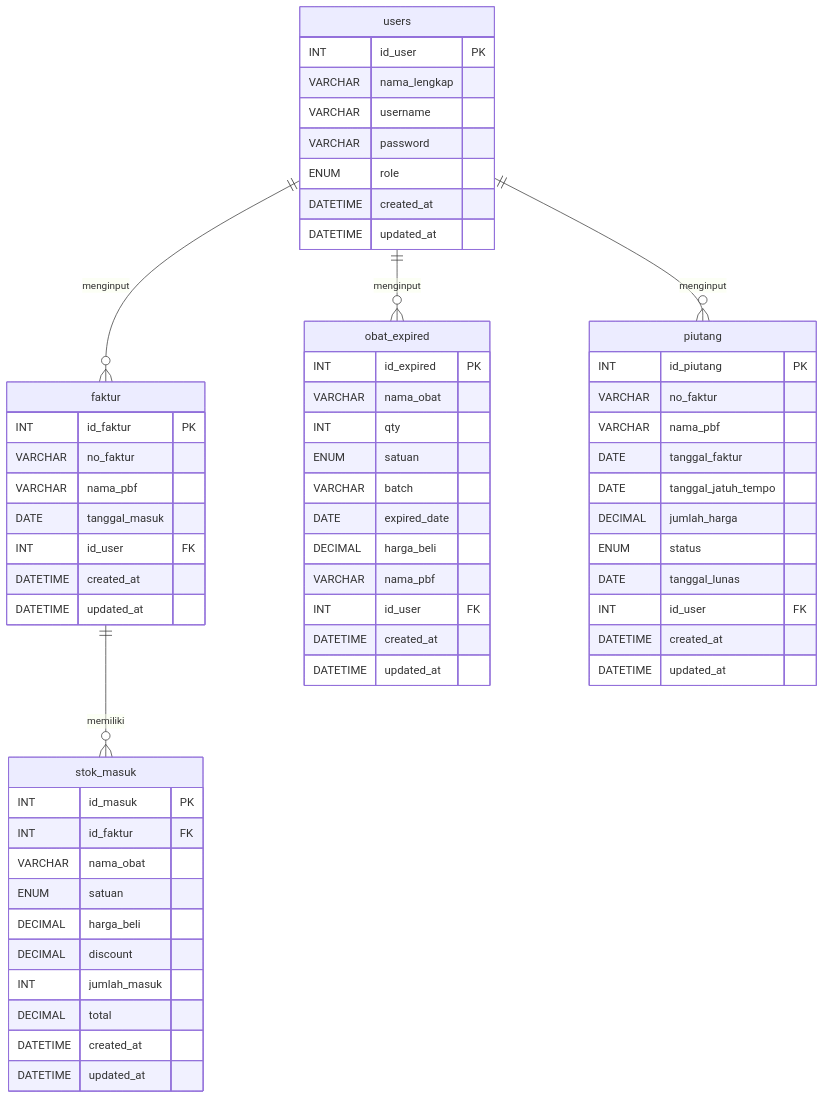
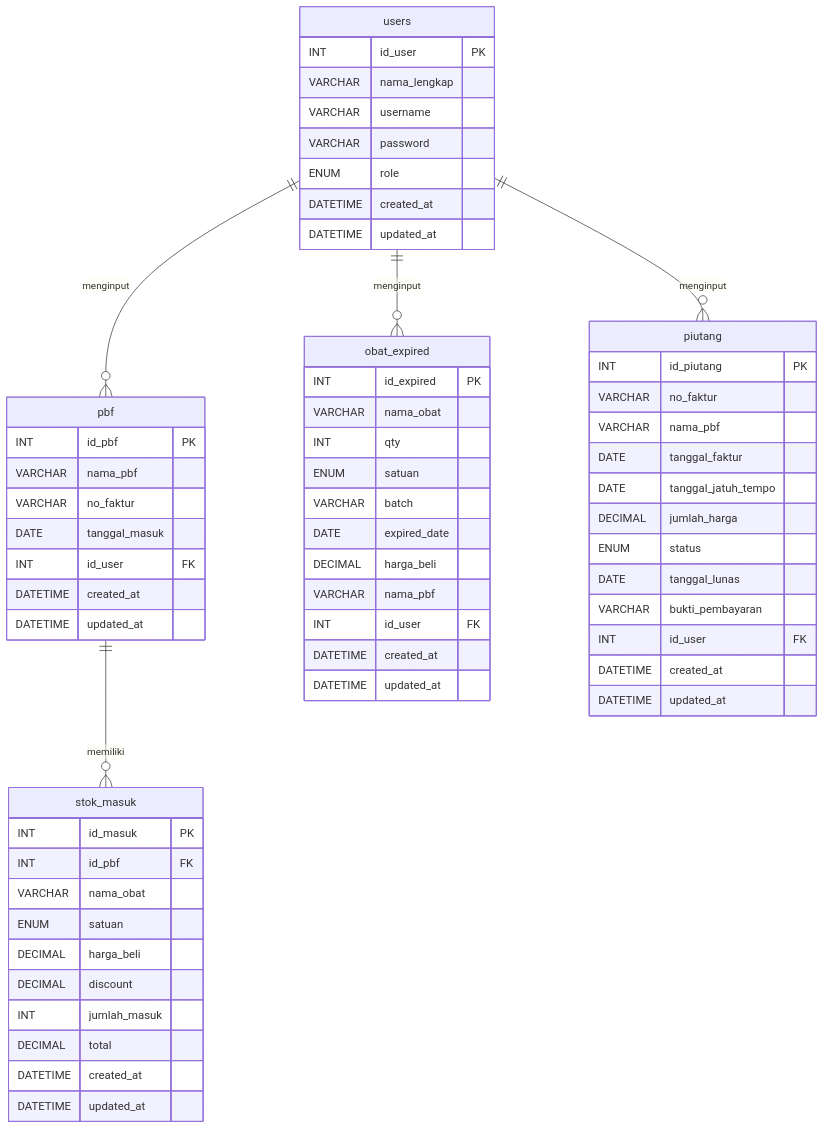
Before and after one commit to MohammadRaihanAkbar/PRD-project-perangkat-lunak-web-apotek-ananda-jadimulya: the first of 2 diagrams in PRD_Apotek_Ananda_Jadimulya_Revisi.md, drawn with Mermaid. The commit also changed other lines of this file, not shown here.

````diff
--- a/PRD_Apotek_Ananda_Jadimulya_Revisi.md
+++ b/PRD_Apotek_Ananda_Jadimulya_Revisi.md
@@ -614,68 +695,69 @@
 ```mermaid
 erDiagram
-    users ||--o{ faktur : "menginput"
+    users ||--o{ pbf : "menginput"
     users ||--o{ obat_expired : "menginput"
     users ||--o{ piutang : "menginput"
-    faktur ||--o{ stok_masuk : "memiliki"
+    pbf ||--o{ stok_masuk : "memiliki"
 
     users {
         INT id_user PK
         VARCHAR nama_lengkap
         VARCHAR username
         VARCHAR password
         ENUM role
         DATETIME created_at
         DATETIME updated_at
     }
 
-    faktur {
-        INT id_faktur PK
+    pbf {
+        INT id_pbf PK
+        VARCHAR nama_pbf
         VARCHAR no_faktur
-        VARCHAR nama_pbf
         DATE tanggal_masuk
         INT id_user FK
         DATETIME created_at
         DATETIME updated_at
     }
 
     stok_masuk {
         INT id_masuk PK
-        INT id_faktur FK
+        INT id_pbf FK
         VARCHAR nama_obat
         ENUM satuan
         DECIMAL harga_beli
         DECIMAL discount
         INT jumlah_masuk
         DECIMAL total
         DATETIME created_at
         DATETIME updated_at
     }
 
     obat_expired {
         INT id_expired PK
         VARCHAR nama_obat
         INT qty
         ENUM satuan
         VARCHAR batch
         DATE expired_date
         DECIMAL harga_beli
         VARCHAR nama_pbf
         INT id_user FK
         DATETIME created_at
         DATETIME updated_at
     }
 
     piutang {
         INT id_piutang PK
         VARCHAR no_faktur
         VARCHAR nama_pbf
         DATE tanggal_faktur
         DATE tanggal_jatuh_tempo
         DECIMAL jumlah_harga
         ENUM status
         DATE tanggal_lunas
+        VARCHAR bukti_pembayaran
         INT id_user FK
         DATETIME created_at
         DATETIME updated_at
     }
 ```
````
